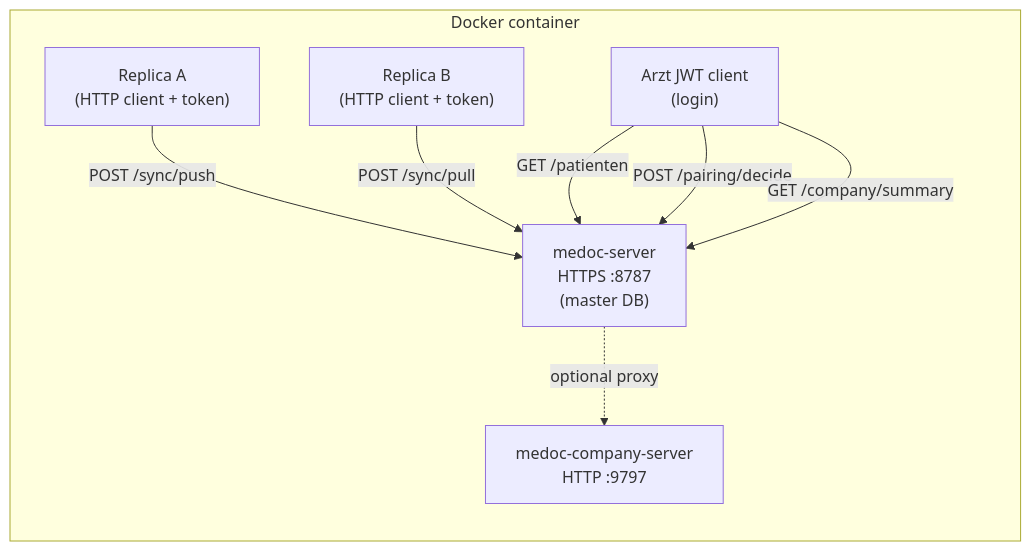
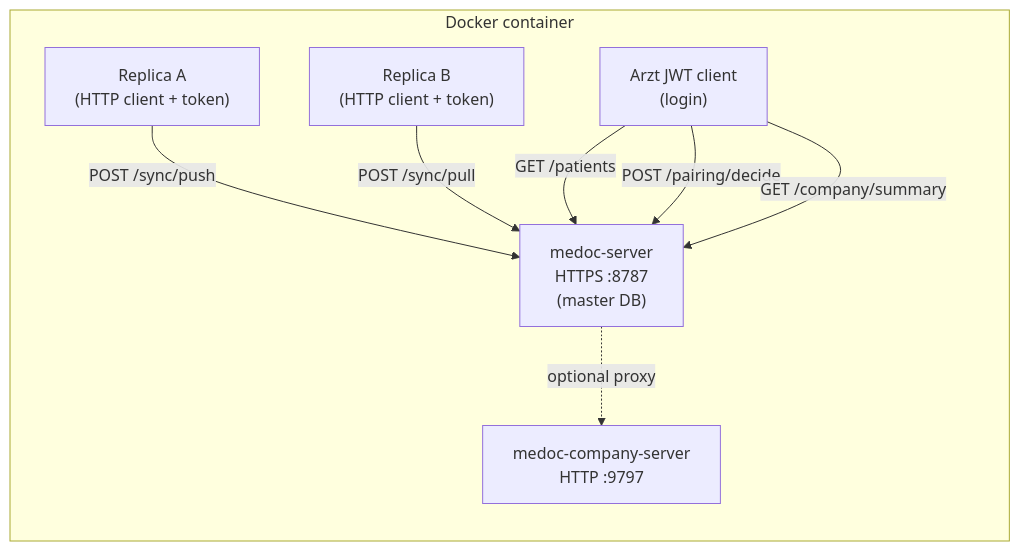
Before and after one commit to Achrafbennanizia/Medoc: the diagram in docs/coordination/multi-device-api-catalog.md, drawn with Mermaid. The commit also changed other lines of this file and 1081 other files, not shown here.

````diff
--- a/docs/coordination/multi-device-api-catalog.md
+++ b/docs/coordination/multi-device-api-catalog.md
@@ -13,16 +13,16 @@
 ```mermaid
 flowchart LR
   subgraph docker_host["Docker container"]
     MS["medoc-server\nHTTPS :8787\n(master DB)"]
     CS["medoc-company-server\nHTTP :9797"]
     R1["Replica A\n(HTTP client + token)"]
     R2["Replica B\n(HTTP client + token)"]
-    ARZT["Arzt JWT client\n(login)"]
+    PHYSICIAN["Arzt JWT client\n(login)"]
   end
   R1 -->|POST /sync/push| MS
   R2 -->|POST /sync/pull| MS
-  ARZT -->|GET /patienten| MS
-  ARZT -->|POST /pairing/decide| MS
-  ARZT -->|GET /company/summary| MS
+  PHYSICIAN -->|GET /patients| MS
+  PHYSICIAN -->|POST /pairing/decide| MS
+  PHYSICIAN -->|GET /company/summary| MS
   MS -.->|optional proxy| CS
 ```
````
